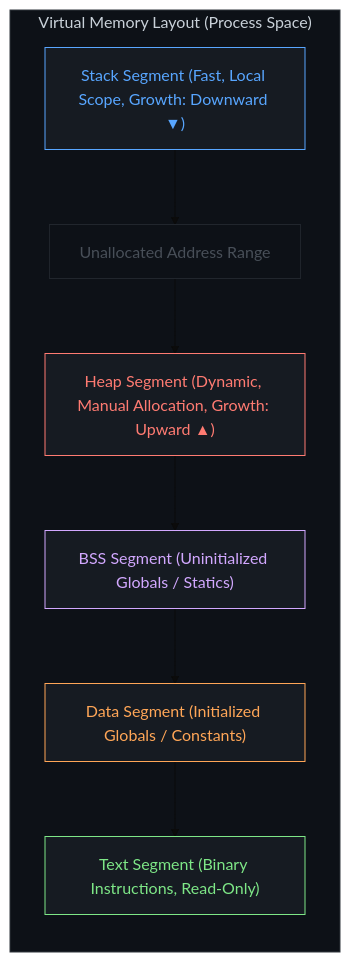
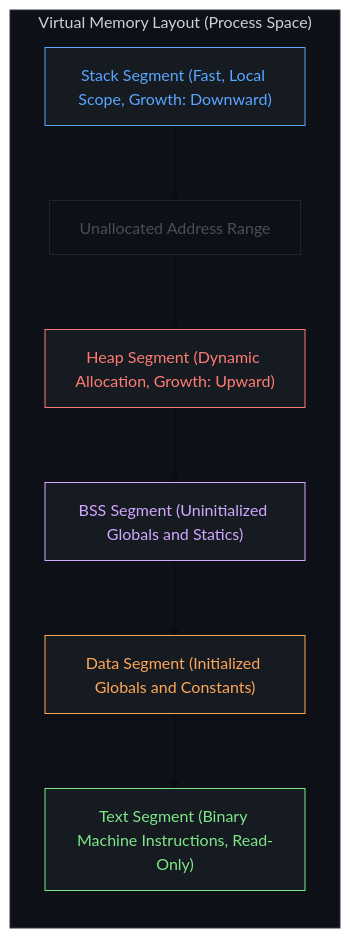
Before and after one commit to Shomay12/Working-with-Cpp: the second of 3 diagrams in README.md, drawn with Mermaid (base theme). The commit also changed other lines of this file and 3 other files, not shown here.

Commit message:
fix: resolve XML entity parsing errors in SVGs and sanitize Mermaid diagram syntax

````diff
--- a/README.md
+++ b/README.md
@@ -88,22 +88,22 @@
 ```mermaid
-graph LR
+flowchart TD
     subgraph Virtual_Address_Space ["Virtual Memory Layout (Process Space)"]
         direction TB
-        STACK["Stack Segment (Fast, Local Scope, Growth: Downward ▼)"]
+        STACK["Stack Segment (Fast, Local Scope, Growth: Downward)"]
         GAP["Unallocated Address Range"]
-        HEAP["Heap Segment (Dynamic, Manual Allocation, Growth: Upward ▲)"]
-        BSS["BSS Segment (Uninitialized Globals / Statics)"]
-        DATA["Data Segment (Initialized Globals / Constants)"]
-        TEXT["Text Segment (Binary Instructions, Read-Only)"]
+        HEAP["Heap Segment (Dynamic Allocation, Growth: Upward)"]
+        BSS["BSS Segment (Uninitialized Globals and Statics)"]
+        DATA["Data Segment (Initialized Globals and Constants)"]
+        TEXT["Text Segment (Binary Machine Instructions, Read-Only)"]
         
         STACK --> GAP --> HEAP --> BSS --> DATA --> TEXT
     end
 
     style Virtual_Address_Space fill:#0d1117,stroke:#30363d,stroke-width:1px,color:#c9d1d9
     style STACK fill:#161b22,stroke:#58a6ff,color:#58a6ff
     style GAP fill:#0d1117,stroke:#21262d,color:#484f58
     style HEAP fill:#161b22,stroke:#ff7b72,color:#ff7b72
     style BSS fill:#161b22,stroke:#d2a8ff,color:#d2a8ff
     style DATA fill:#161b22,stroke:#ffa657,color:#ffa657
     style TEXT fill:#161b22,stroke:#7ee787,color:#7ee787
 ```
````
